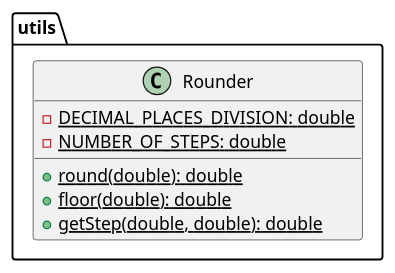
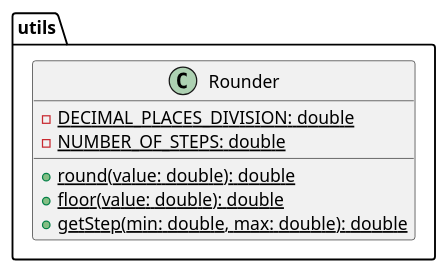
Before and after one commit to kambed/Computer-Recognition-Systems: the sixth of 6 diagrams in task2/README.md, drawn with PlantUML. The commit also changed other lines of this file, not shown here.

````diff
--- a/task2/README.md
+++ b/task2/README.md
@@ -176,11 +176,11 @@
 ```plantuml
 package utils {
     class Rounder {
         - {static} DECIMAL_PLACES_DIVISION: double
         - {static} NUMBER_OF_STEPS: double
-        + {static} round(double): double
-        + {static} floor(double): double
-        + {static} getStep(double, double): double
+        + {static} round(value: double): double
+        + {static} floor(value: double): double
+        + {static} getStep(min: double, max: double): double
     }
 }
 ```
````
